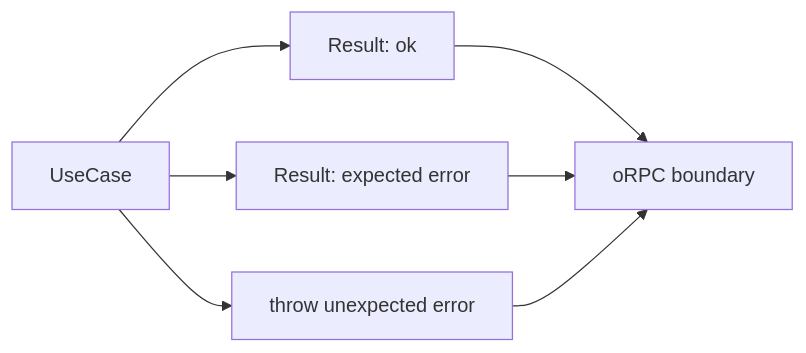
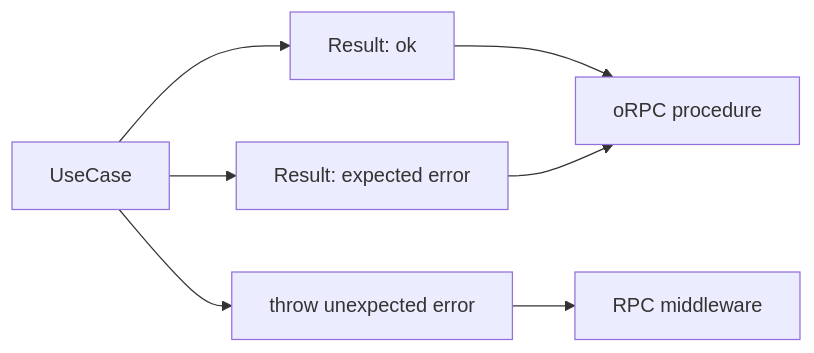
Before and after one commit to koralle/pantry: the third of 6 diagrams in docs/superpowers/specs/2026-08-22-application-architecture-evolution-design.md, drawn with Mermaid. The commit also changed other lines of this file, not shown here.

````diff
--- a/docs/superpowers/specs/2026-08-22-application-architecture-evolution-design.md
+++ b/docs/superpowers/specs/2026-08-22-application-architecture-evolution-design.md
@@ -205,15 +211,16 @@
 ```mermaid
 flowchart LR
   UC[UseCase]
   OK[Result: ok]
   EXPECTED[Result: expected error]
   THROW[throw unexpected error]
-  RPC[oRPC boundary]
+  PROC[oRPC procedure]
+  MW[RPC middleware]
 
   UC --> OK
   UC --> EXPECTED
   UC --> THROW
-  OK --> RPC
-  EXPECTED --> RPC
-  THROW --> RPC
+  OK --> PROC
+  EXPECTED --> PROC
+  THROW --> MW
 ```
````
